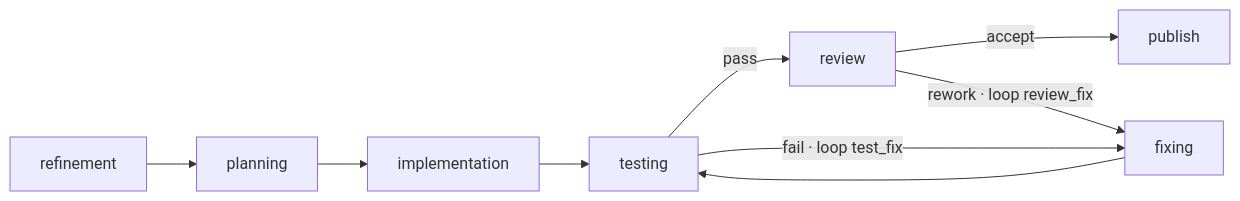
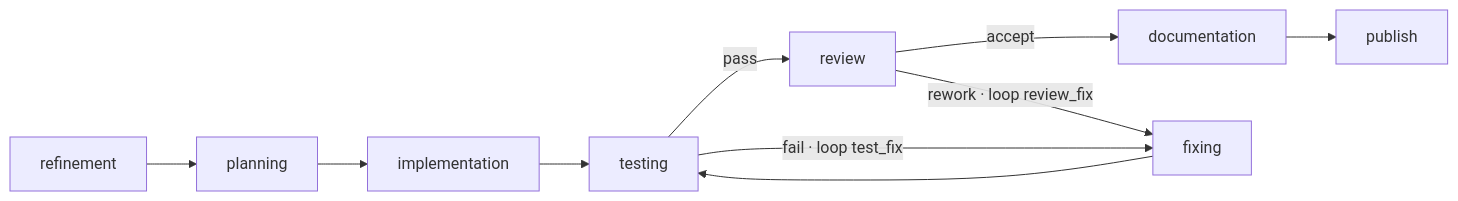
One commit to VladimirMakarevich/wastech-orchestrator changed the diagram in docs/functional/flows/implementation.md. Above: the diagram before and after it, drawn with Mermaid. The commit also changed other lines of this file and 16 other files, not shown here.

First line of the commit message:
feat(flow): add documentation step to implementation flow

````diff
--- a/docs/functional/flows/implementation.md
+++ b/docs/functional/flows/implementation.md
@@ -9,9 +9,9 @@
 ```mermaid
 flowchart LR
     refinement --> planning --> implementation --> testing
     testing -->|pass| review
     testing -->|fail · loop test_fix| fixing
-    review -->|accept| publish
+    review -->|accept| documentation --> publish
     review -->|rework · loop review_fix| fixing
     fixing --> testing
 ```
````
